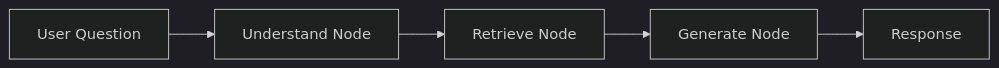
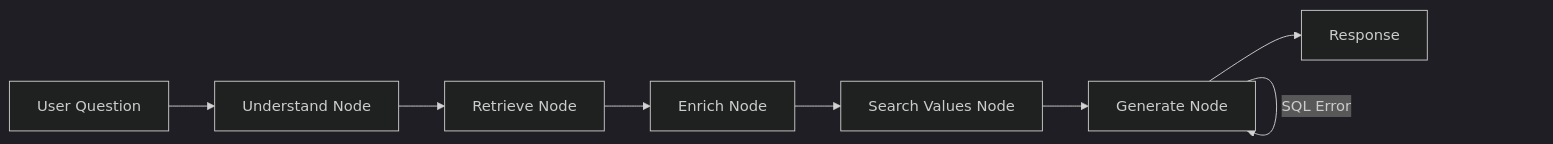
One commit to hoanghy0112/sql-indexing changed the diagram in docs/02-backend-modules.md. Above: the diagram before and after it, drawn with Mermaid (dark theme). The commit also changed other lines of this file and 2 other files, not shown here.

````diff
--- a/docs/02-backend-modules.md
+++ b/docs/02-backend-modules.md
@@ -476,7 +476,10 @@
 ```mermaid
 graph LR
     A[User Question] --> B[Understand Node]
     B --> C[Retrieve Node]
-    C --> D[Generate Node]
-    D --> E[Response]
+    C --> D[Enrich Node]
+    D --> E[Search Values Node]
+    E --> F[Generate Node]
+    F -->|SQL Error| F
+    F --> G[Response]
 ```
````
